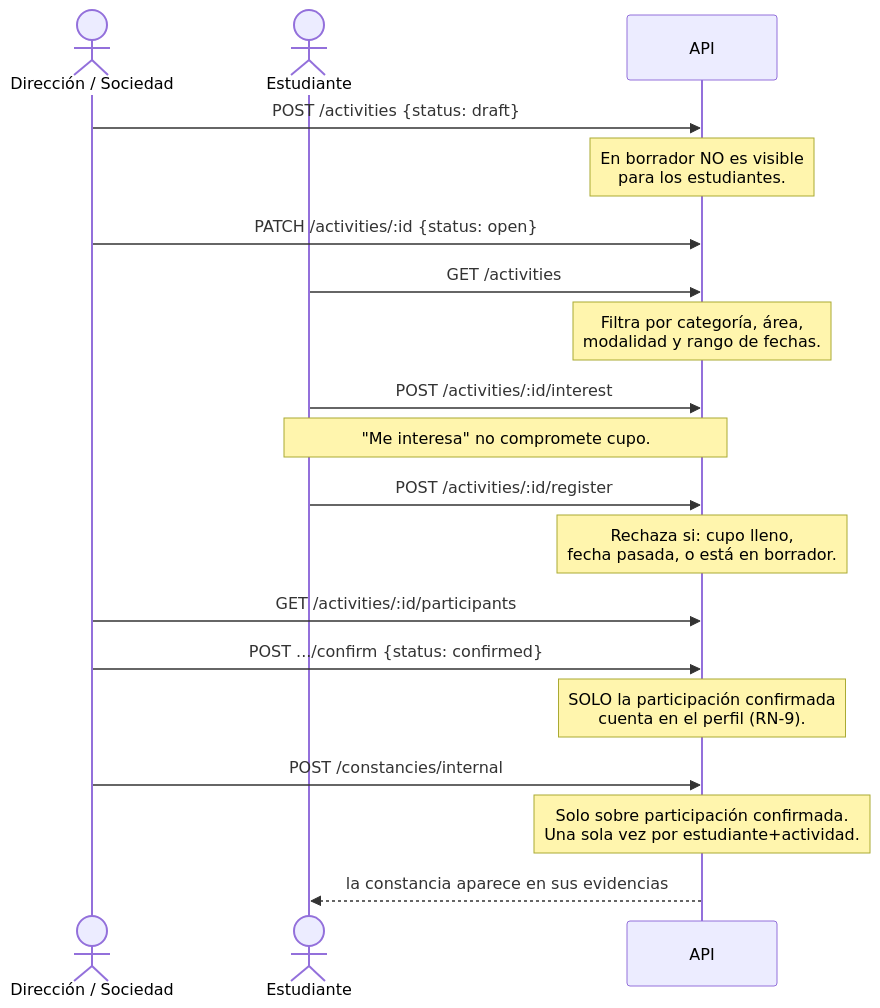
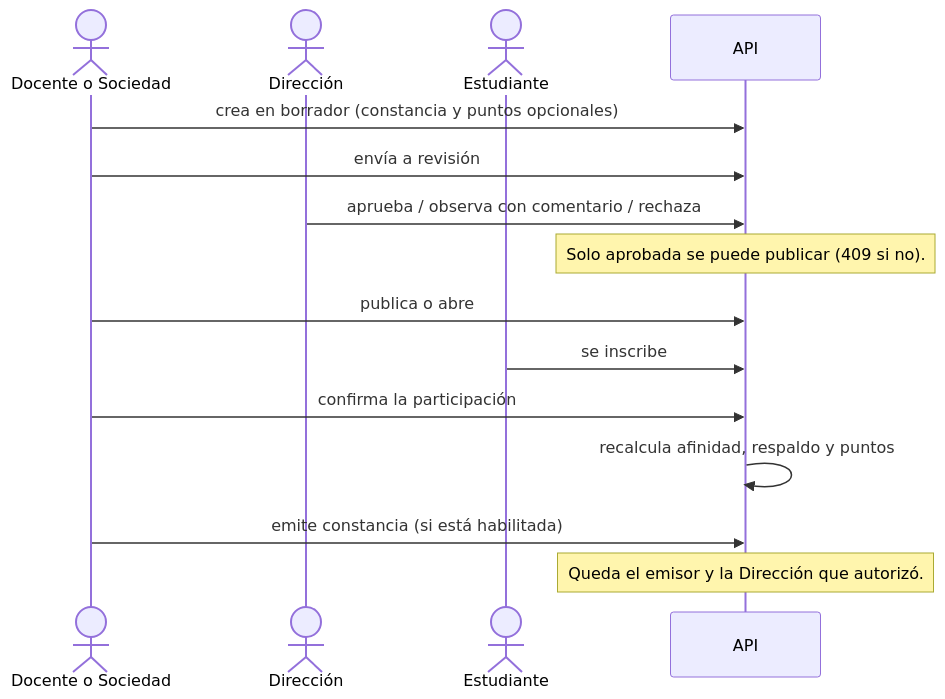
Before and after one commit to Mollo-Israel/SISTEMA-MULTIPLATAFORMA-DEL-PERFIL-ESTUDIANTIL: the fourth of 4 diagrams in docs/EL_SISTEMA_COMPLETO.md, drawn with Mermaid. The commit also changed other lines of this file and 17 other files, not shown here.

````diff
--- a/docs/EL_SISTEMA_COMPLETO.md
+++ b/docs/EL_SISTEMA_COMPLETO.md
@@ -281,25 +204,17 @@
 ```mermaid
 sequenceDiagram
-    actor D as Dirección / Sociedad
+    actor Doc as Docente o Sociedad
+    actor Dir as Dirección
     actor E as Estudiante
     participant API
-
-    D->>API: POST /activities {status: draft}
-    Note over API: En borrador NO es visible<br/>para los estudiantes.
-    D->>API: PATCH /activities/:id {status: open}
-
-    E->>API: GET /activities
-    Note over API: Filtra por categoría, área,<br/>modalidad y rango de fechas.
-    E->>API: POST /activities/:id/interest
-    Note over E,API: "Me interesa" no compromete cupo.
-    E->>API: POST /activities/:id/register
-    Note over API: Rechaza si: cupo lleno,<br/>fecha pasada, o está en borrador.
-
-    D->>API: GET /activities/:id/participants
-    D->>API: POST .../confirm {status: confirmed}
-    Note over API: SOLO la participación confirmada<br/>cuenta en el perfil (RN-9).
-
-    D->>API: POST /constancies/internal
-    Note over API: Solo sobre participación confirmada.<br/>Una sola vez por estudiante+actividad.
-    API-->>E: la constancia aparece en sus evidencias
+    Doc->>API: crea en borrador (constancia y puntos opcionales)
+    Doc->>API: envía a revisión
+    Dir->>API: aprueba / observa con comentario / rechaza
+    Note over API: Solo aprobada se puede publicar (409 si no).
+    Doc->>API: publica o abre
+    E->>API: se inscribe
+    Doc->>API: confirma la participación
+    API->>API: recalcula afinidad, respaldo y puntos
+    Doc->>API: emite constancia (si está habilitada)
+    Note over API: Queda el emisor y la Dirección que autorizó.
 ```
````
